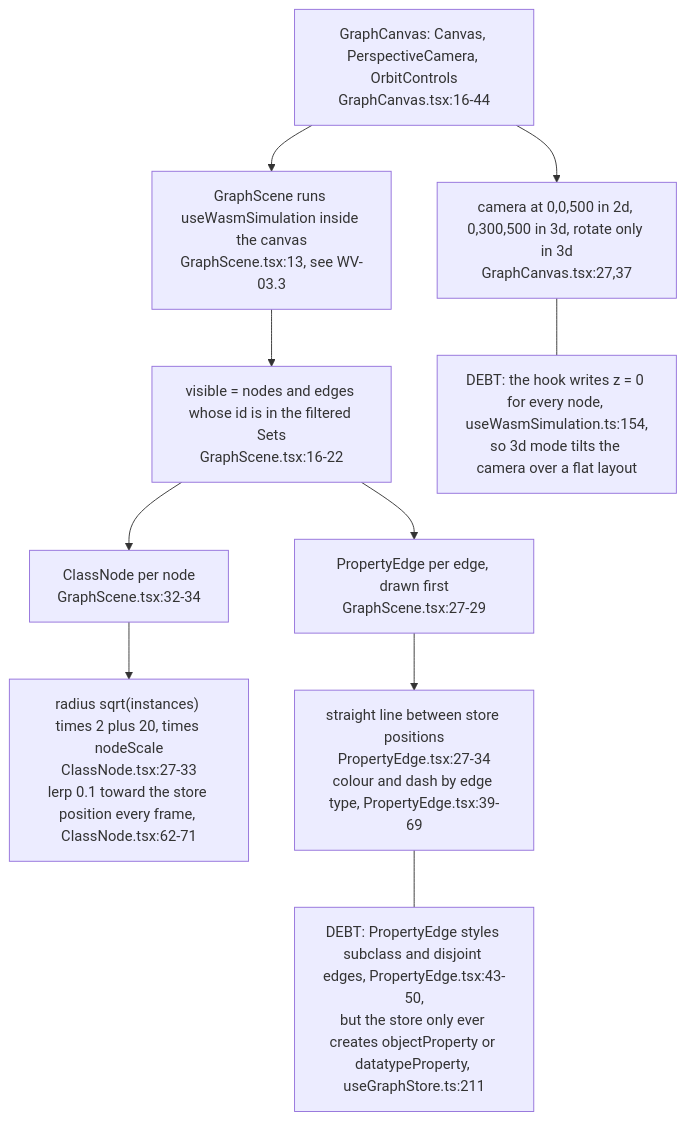
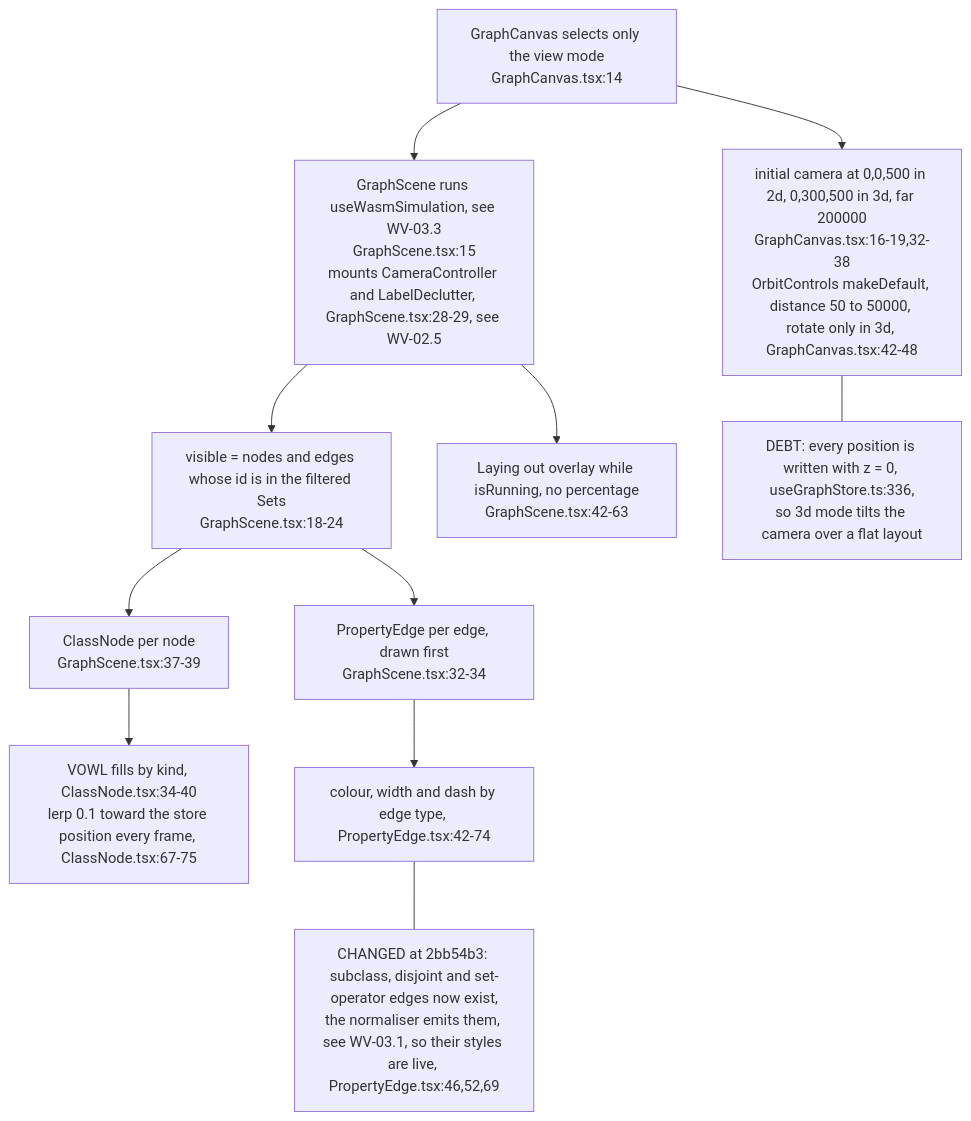
The third of 5 diagrams in docs/diagrams/wasmvowl/02-modern-explorer-runtime.md (DreamLab-AI/VisionFlow), drawn with Mermaid before and after one commit. The commit also changed other lines of this file and 4 other files, not shown here.

First line of the commit message:
docs(diagrams): wasmvowl re-verified at WasmVOWL 2bb54b3 (NggExplorer layout, camera, CI)

````diff
--- a/docs/diagrams/wasmvowl/02-modern-explorer-runtime.md
+++ b/docs/diagrams/wasmvowl/02-modern-explorer-runtime.md
@@ -79,14 +85,15 @@
 ```mermaid
 flowchart TB
-    GC["GraphCanvas: Canvas, PerspectiveCamera, OrbitControls<br/>GraphCanvas.tsx:16-44"] --> MODE["camera at 0,0,500 in 2d, 0,300,500 in 3d, rotate only in 3d<br/>GraphCanvas.tsx:27,37"]
-    GC --> GSC["GraphScene runs useWasmSimulation inside the canvas<br/>GraphScene.tsx:13, see WV-03.3"]
-    GSC --> VIS["visible = nodes and edges whose id is in the filtered Sets<br/>GraphScene.tsx:16-22"]
-    VIS --> PE["PropertyEdge per edge, drawn first<br/>GraphScene.tsx:27-29"]
-    VIS --> CN["ClassNode per node<br/>GraphScene.tsx:32-34"]
-    CN --> CNL["radius sqrt(instances) times 2 plus 20, times nodeScale<br/>ClassNode.tsx:27-33<br/>lerp 0.1 toward the store position every frame, ClassNode.tsx:62-71"]
-    PE --> PEL["straight line between store positions<br/>PropertyEdge.tsx:27-34<br/>colour and dash by edge type, PropertyEdge.tsx:39-69"]
-    N1["DEBT: PropertyEdge styles subclass and disjoint edges, PropertyEdge.tsx:43-50,<br/>but the store only ever creates objectProperty or datatypeProperty, useGraphStore.ts:211"]
-    N2["DEBT: the hook writes z = 0 for every node, useWasmSimulation.ts:154,<br/>so 3d mode tilts the camera over a flat layout"]
+    GC["GraphCanvas selects only the view mode<br/>GraphCanvas.tsx:14"] --> MODE["initial camera at 0,0,500 in 2d, 0,300,500 in 3d, far 200000<br/>GraphCanvas.tsx:16-19,32-38<br/>OrbitControls makeDefault, distance 50 to 50000, rotate only in 3d, GraphCanvas.tsx:42-48"]
+    GC --> GSC["GraphScene runs useWasmSimulation, see WV-03.3<br/>GraphScene.tsx:15<br/>mounts CameraController and LabelDeclutter, GraphScene.tsx:28-29, see WV-02.5"]
+    GSC --> VIS["visible = nodes and edges whose id is in the filtered Sets<br/>GraphScene.tsx:18-24"]
+    VIS --> PE["PropertyEdge per edge, drawn first<br/>GraphScene.tsx:32-34"]
+    VIS --> CN["ClassNode per node<br/>GraphScene.tsx:37-39"]
+    CN --> CNL["VOWL fills by kind, ClassNode.tsx:34-40<br/>lerp 0.1 toward the store position every frame, ClassNode.tsx:67-75"]
+    PE --> PEL["colour, width and dash by edge type, PropertyEdge.tsx:42-74"]
+    GSC --> OV["Laying out overlay while isRunning, no percentage<br/>GraphScene.tsx:42-63"]
+    N1["CHANGED at 2bb54b3: subclass, disjoint and set-operator edges now exist,<br/>the normaliser emits them, see WV-03.1, so their styles are live, PropertyEdge.tsx:46,52,69"]
+    N2["DEBT: every position is written with z = 0, useGraphStore.ts:336,<br/>so 3d mode tilts the camera over a flat layout"]
     PEL --- N1
     MODE --- N2
 ```
````
